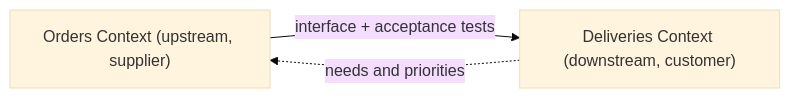
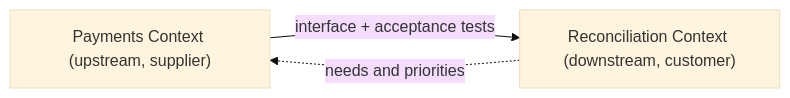
Before and after one commit to alancesar/design-patterns: the diagram in i18n/en/docusaurus-plugin-content-docs/current/design/ddd/context-mapping/customer-supplier-development.md, drawn with Mermaid (base theme). The commit also changed other lines of this file and 67 other files, not shown here.

First line of the commit message:
Switch DDD examples and diagrams to fintech scenarios

````diff
--- a/i18n/en/docusaurus-plugin-content-docs/current/design/ddd/context-mapping/customer-supplier-development.md
+++ b/i18n/en/docusaurus-plugin-content-docs/current/design/ddd/context-mapping/customer-supplier-development.md
@@ -56,5 +56,5 @@
 ```mermaid
 flowchart LR
-    U["Orders Context (upstream, supplier)"] -->|"interface + acceptance tests"| D["Deliveries Context (downstream, customer)"]
+    U["Payments Context (upstream, supplier)"] -->|"interface + acceptance tests"| D["Reconciliation Context (downstream, customer)"]
     D -.->|"needs and priorities"| U
 ```
````
